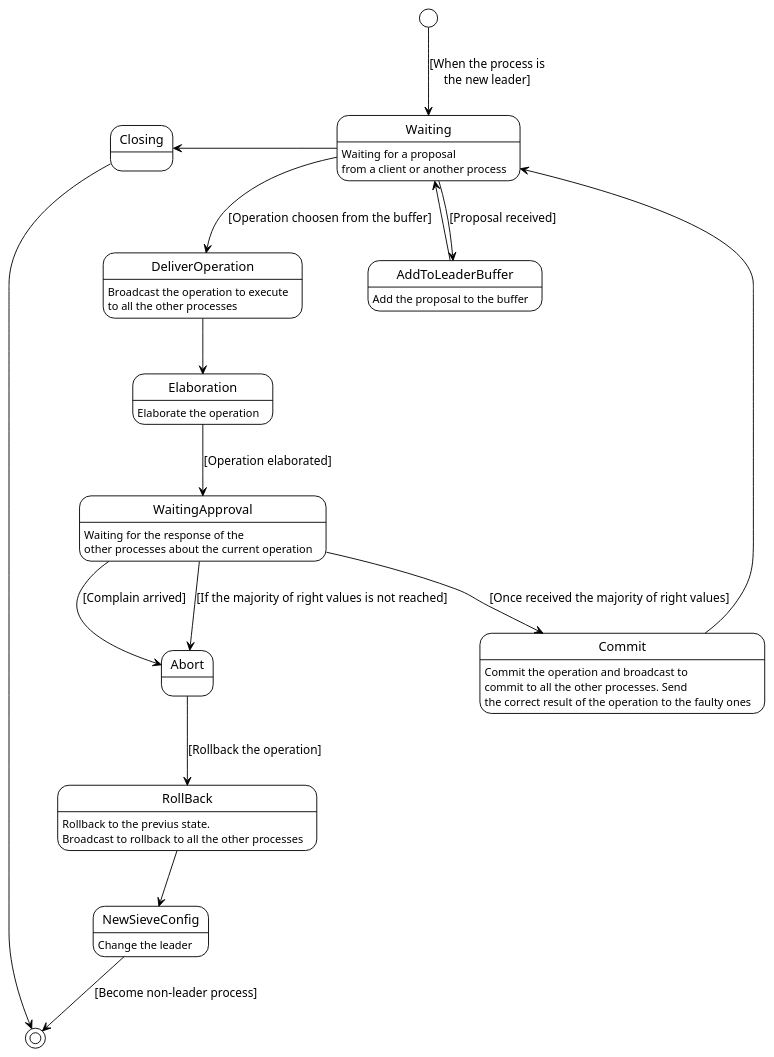
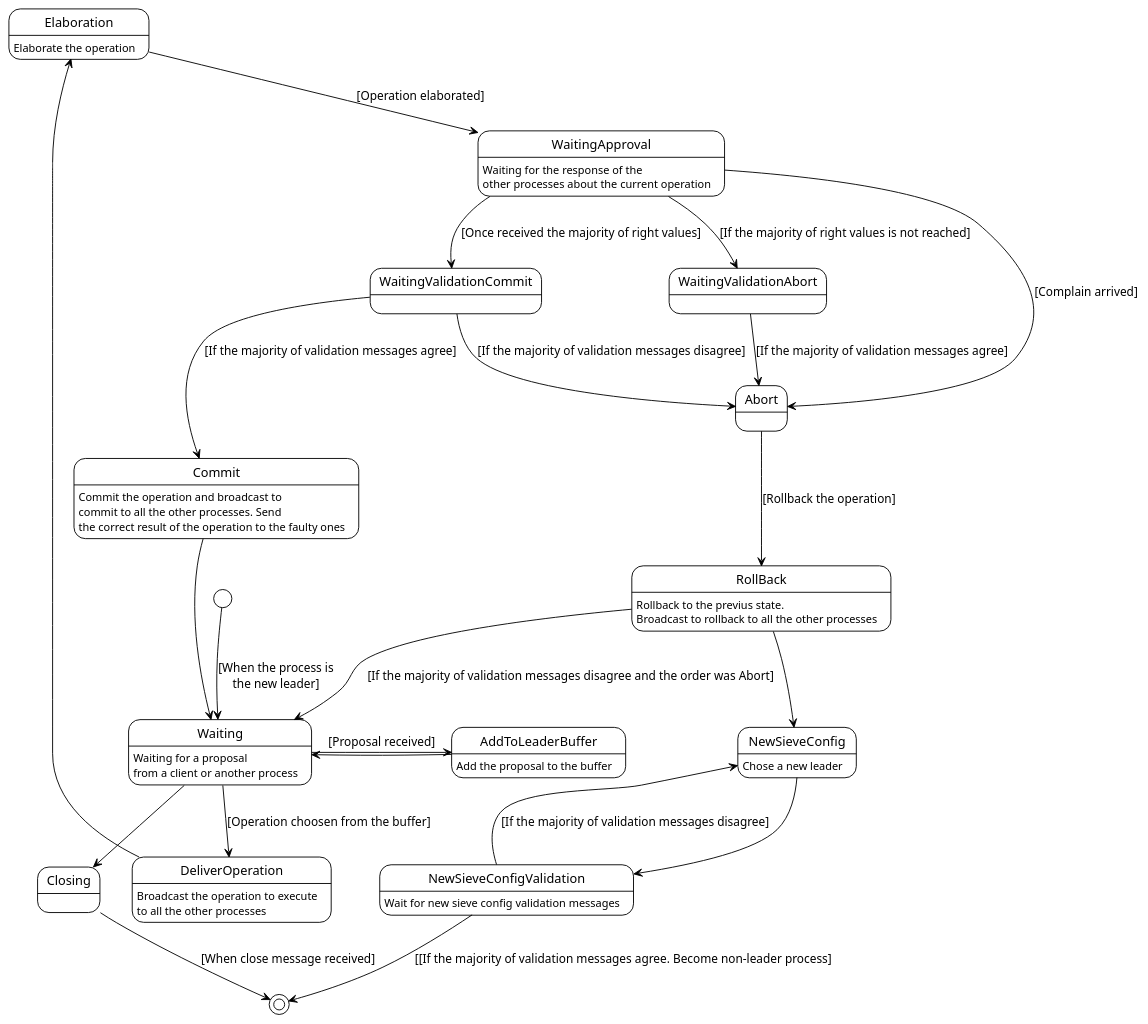
Before and after one commit to CrazyPingu/sieve-protocol: the diagram in doc/UML/leaderUML.plantuml, drawn with PlantUML. The commit also changed 39 other files, not shown here.

```diff
--- a/doc/UML/leaderUML.plantuml
+++ b/doc/UML/leaderUML.plantuml
@@ -1,43 +1,57 @@
 @startuml leader
 !theme plain
 
 Waiting : Waiting for a proposal \nfrom a client or another process
 AddToLeaderBuffer : Add the proposal to the buffer
 DeliverOperation : Broadcast the operation to execute\nto all the other processes
 Elaboration : Elaborate the operation
 WaitingApproval : Waiting for the response of the\nother processes about the current operation
 RollBack : Rollback to the previus state.\nBroadcast to rollback to all the other processes
-NewSieveConfig : Change the leader
+NewSieveConfig : Chose a new leader
 Commit : Commit the operation and broadcast to\ncommit to all the other processes. Send\nthe correct result of the operation to the faulty ones
+NewSieveConfigValidation : Wait for new sieve config validation messages
+
+
 
 [*] --> Waiting : [When the process is\nthe new leader]
 
-Waiting --> AddToLeaderBuffer: [Proposal received]
+Waiting --l> AddToLeaderBuffer: [Proposal received]
 
-AddToLeaderBuffer --> Waiting
+AddToLeaderBuffer --l> Waiting
 
 Waiting --> DeliverOperation: [Operation choosen from the buffer]
 
-DeliverOperation --> Elaboration
+DeliverOperation --l> Elaboration
 
 Elaboration --> WaitingApproval: [Operation elaborated]
 
-WaitingApproval --> Commit : [Once received the majority of right values]
+WaitingApproval --> WaitingValidationCommit : [Once received the majority of right values]
 
-WaitingApproval --> Abort : [If the majority of right values is not reached]
+WaitingValidationCommit --> Commit : [If the majority of validation messages agree]
+
+WaitingValidationCommit --> Abort : [If the majority of validation messages disagree]
+WaitingApproval --> WaitingValidationAbort : [If the majority of right values is not reached]
+
+WaitingValidationAbort --> Abort : [If the majority of validation messages agree]
+
+RollBack --> Waiting : [If the majority of validation messages disagree and the order was Abort]
 
 Abort --> RollBack : [Rollback the operation]
 
 RollBack --> NewSieveConfig
 
 Commit --> Waiting
 
 WaitingApproval --> Abort : [Complain arrived]
 
-Waiting --l> Closing
+Waiting --> Closing
 
-Closing --> [*]
+Closing --> [*] : [When close message received]
 
-NewSieveConfig --> [*] : [Become non-leader process]
+NewSieveConfig --> NewSieveConfigValidation
+
+NewSieveConfigValidation --> [*] : [[If the majority of validation messages agree. Become non-leader process]
+
+NewSieveConfigValidation --> NewSieveConfig : [If the majority of validation messages disagree]
 
 @enduml
```
